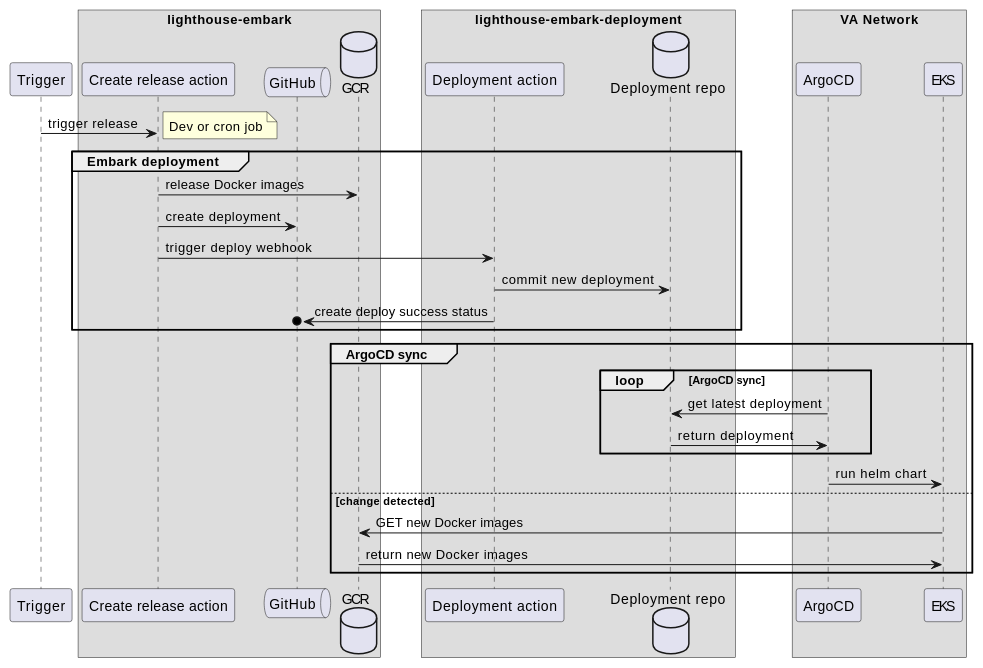
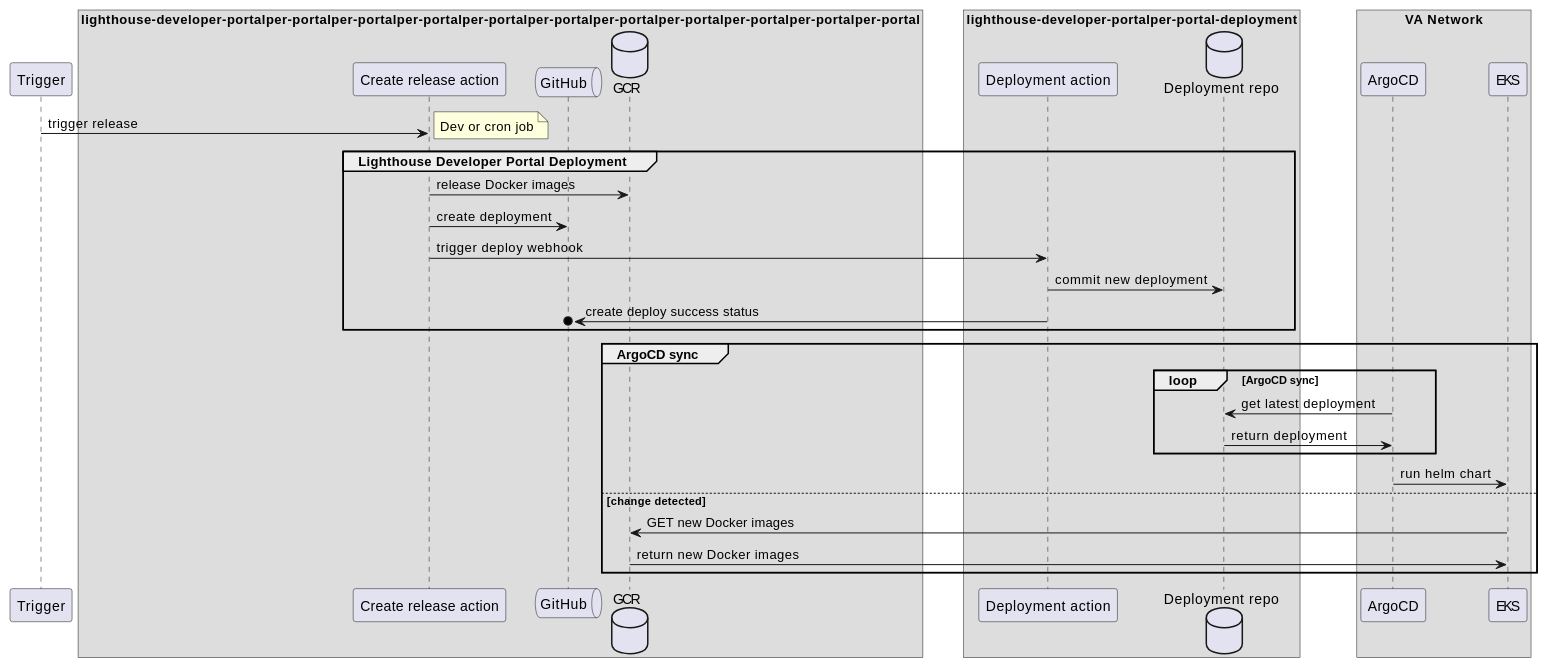
One commit to TS000/lighthouse-developer-portal changed the sixth of 10 diagrams in docs/deployment.md. Above: the diagram before and after it, drawn with PlantUML. The commit also changed other lines of this file and 32 other files, not shown here.

````diff
--- a/docs/deployment.md
+++ b/docs/deployment.md
@@ -177,37 +177,37 @@
 ```plantuml
 participant "Trigger"
-box "lighthouse-embark"
+box "lighthouse-developer-portalper-portalper-portalper-portalper-portalper-portalper-portalper-portalper-portalper-portalper-portal"
 participant "Create release action" as builder
 queue "GitHub" as platform
 database "GCR" as storage
 end box
-box "lighthouse-embark-deployment"
+box "lighthouse-developer-portalper-portal-deployment"
 participant "Deployment action" as depaction
 database "Deployment repo" as drepo
 end box
 box VA Network
 participant "ArgoCD" as deployer
 participant "EKS" as runner
 end box
 Trigger -> builder: trigger release
 note right
 Dev or cron job
 end note
-group Embark deployment
+group Lighthouse Developer Portal Deployment
 builder->storage: release Docker images
 builder->platform: create deployment
 builder->depaction: trigger deploy webhook
 depaction-> drepo: commit new deployment
 depaction->o platform: create deploy success status
 end
 group ArgoCD sync
 loop ArgoCD sync
     deployer->drepo: get latest deployment
     drepo->deployer: return deployment
 end
 deployer->runner: run helm chart
 else change detected
 runner->storage : GET new Docker images
 storage->runner : return new Docker images
 end
 ```
````
